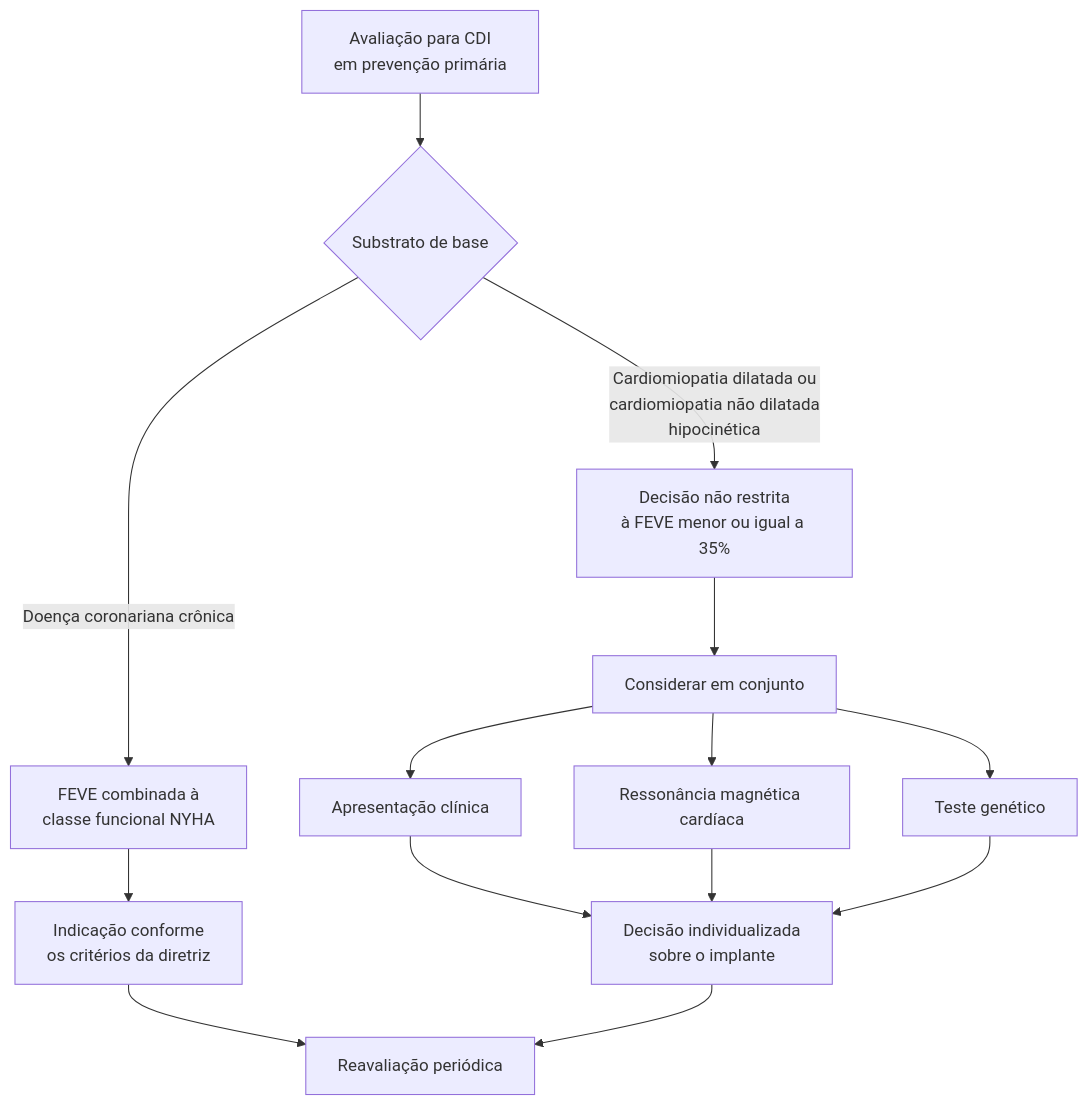
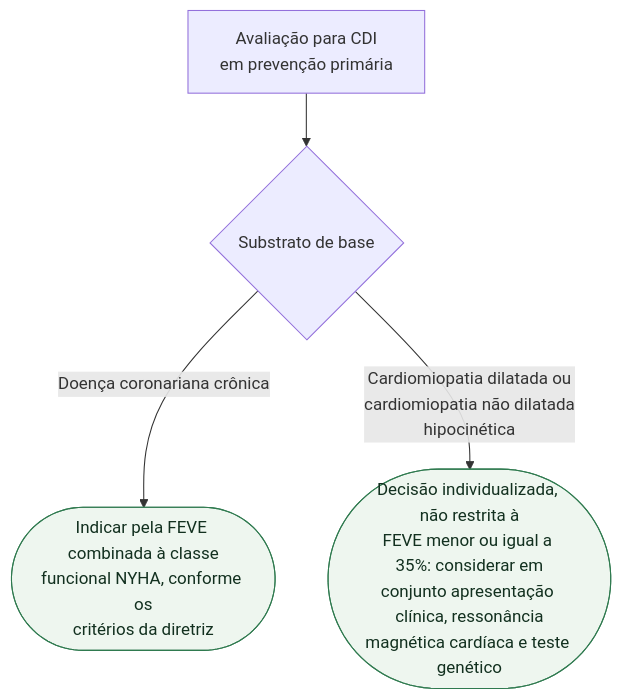
Before and after one commit to rafaelpaesmeirelles/MeuCardio: the diagram in content/Dispositivos/fluxograma-cdi-prevencao-primaria-esc-2022.md, drawn with Mermaid. The commit also changed other lines of this file and 18 other files, not shown here.

````diff
--- a/content/Dispositivos/fluxograma-cdi-prevencao-primaria-esc-2022.md
+++ b/content/Dispositivos/fluxograma-cdi-prevencao-primaria-esc-2022.md
@@ -21,21 +21,11 @@
 ```mermaid
 flowchart TD
-  A["Avaliação para CDI<br/>em prevenção primária"] --> B{"Substrato de base"}
+  R0["Avaliação para CDI<br/>em prevenção primária"] --> D1{"Substrato de base"}
 
-  B -->|"Doença coronariana crônica"| C["FEVE combinada à<br/>classe funcional NYHA"]
-  B -->|"Cardiomiopatia dilatada ou<br/>cardiomiopatia não dilatada<br/>hipocinética"| D["Decisão não restrita<br/>à FEVE menor ou igual a 35%"]
+  D1 -->|"Doença coronariana crônica"| C1(["Indicar pela FEVE combinada à classe<br/>funcional NYHA, conforme os<br/>critérios da diretriz"])
 
-  C --> E["Indicação conforme<br/>os critérios da diretriz"]
+  D1 -->|"Cardiomiopatia dilatada ou<br/>cardiomiopatia não dilatada<br/>hipocinética"| C2(["Decisão individualizada, não restrita à<br/>FEVE menor ou igual a 35%: considerar em<br/>conjunto apresentação clínica, ressonância<br/>magnética cardíaca e teste genético"])
 
-  D --> F["Considerar em conjunto"]
-  F --> F1["Apresentação clínica"]
-  F --> F2["Ressonância magnética cardíaca"]
-  F --> F3["Teste genético"]
-
-  F1 --> G["Decisão individualizada<br/>sobre o implante"]
-  F2 --> G
-  F3 --> G
-
-  E --> H["Reavaliação periódica"]
-  G --> H
+  classDef conduta fill:#eef6ef,stroke:#2f7a4f,color:#12301f;
+  class C1,C2 conduta;
 ```
````
